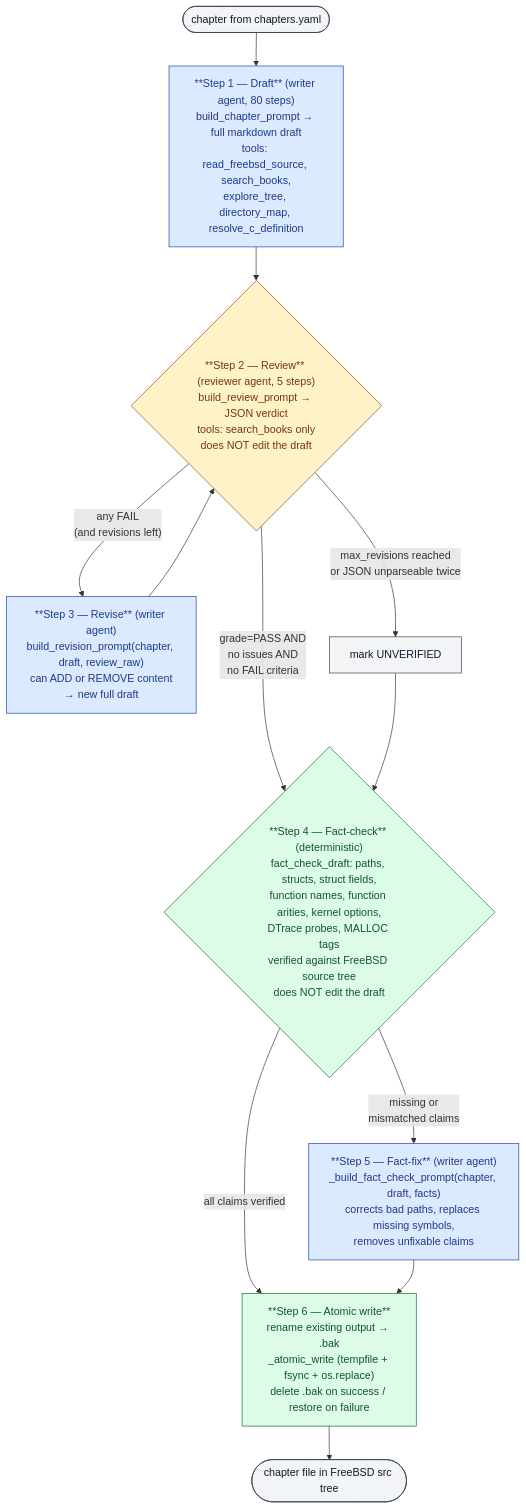
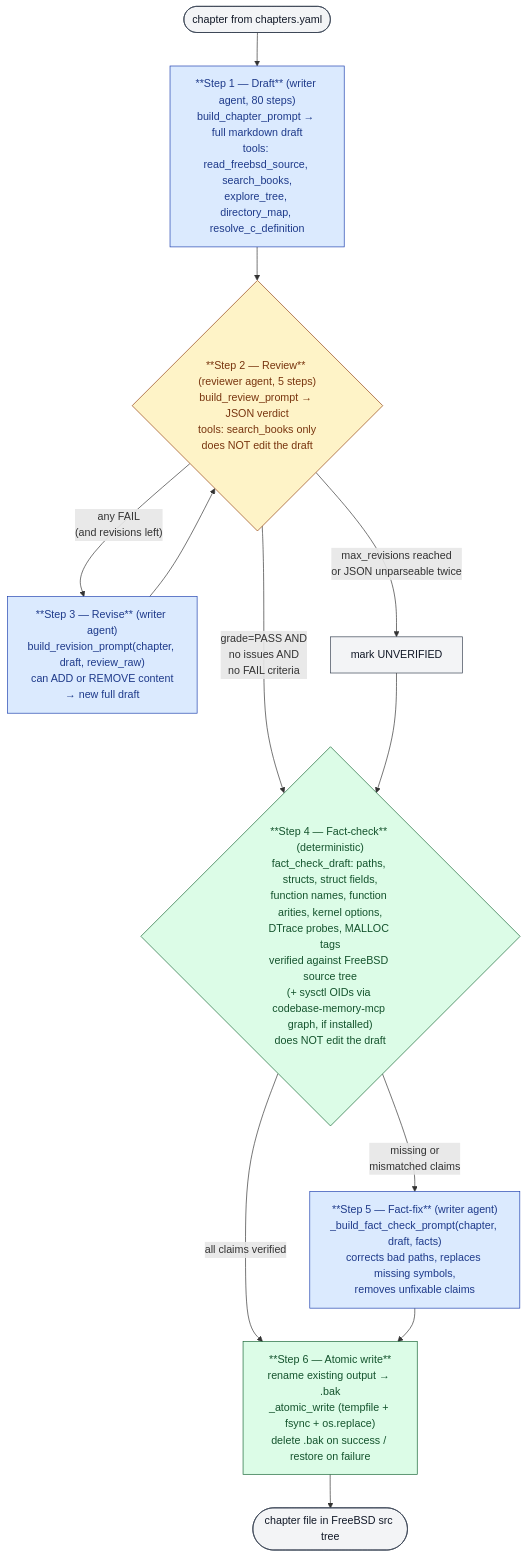
One commit to ocochard/DaemonDocs changed the diagram in README.md. Above: the diagram before and after it, drawn with Mermaid. The commit also changed other lines of this file and 4 other files, not shown here.

First line of the commit message:
fact-check: verify sysctl OIDs via optional codebase-memory-mcp graph

````diff
--- a/README.md
+++ b/README.md
@@ -172,35 +194,35 @@
 ```mermaid
 flowchart TD
     Start([chapter from chapters.yaml]) --> Draft
 
     Draft["**Step 1 — Draft** (writer agent, 80 steps)<br/>build_chapter_prompt → full markdown draft<br/>tools: read_freebsd_source, search_books,<br/>explore_tree, directory_map, resolve_c_definition"]
     Draft --> Review
 
     Review{"**Step 2 — Review** (reviewer agent, 5 steps)<br/>build_review_prompt → JSON verdict<br/>tools: search_books only<br/>does NOT edit the draft"}
     Review -- "grade=PASS AND<br/>no issues AND<br/>no FAIL criteria" --> FactCheck
     Review -- "any FAIL<br/>(and revisions left)" --> Revise
     Review -- "max_revisions reached<br/>or JSON unparseable twice" --> Unapproved[mark UNVERIFIED]
     Unapproved --> FactCheck
 
     Revise["**Step 3 — Revise** (writer agent)<br/>build_revision_prompt(chapter, draft, review_raw)<br/>can ADD or REMOVE content<br/>→ new full draft"]
     Revise --> Review
 
-    FactCheck{"**Step 4 — Fact-check** (deterministic)<br/>fact_check_draft: paths, structs, struct fields,<br/>function names, function arities, kernel options,<br/>DTrace probes, MALLOC tags<br/>verified against FreeBSD source tree<br/>does NOT edit the draft"}
+    FactCheck{"**Step 4 — Fact-check** (deterministic)<br/>fact_check_draft: paths, structs, struct fields,<br/>function names, function arities, kernel options,<br/>DTrace probes, MALLOC tags<br/>verified against FreeBSD source tree<br/>(+ sysctl OIDs via codebase-memory-mcp graph, if installed)<br/>does NOT edit the draft"}
     FactCheck -- "all claims verified" --> Write
     FactCheck -- "missing or<br/>mismatched claims" --> FactFix
 
     FactFix["**Step 5 — Fact-fix** (writer agent)<br/>_build_fact_check_prompt(chapter, draft, facts)<br/>corrects bad paths, replaces missing symbols,<br/>removes unfixable claims"]
     FactFix --> Write
 
     Write["**Step 6 — Atomic write**<br/>rename existing output → .bak<br/>_atomic_write (tempfile + fsync + os.replace)<br/>delete .bak on success / restore on failure"]
     Write --> End([chapter file in FreeBSD src tree])
 
     classDef writer fill:#dbeafe,stroke:#1e40af,color:#1e3a8a;
     classDef reviewer fill:#fef3c7,stroke:#92400e,color:#78350f;
     classDef deterministic fill:#dcfce7,stroke:#166534,color:#14532d;
     classDef io fill:#f3f4f6,stroke:#374151,color:#111827;
     class Draft,Revise,FactFix writer;
     class Review reviewer;
     class FactCheck,Write deterministic;
     class Start,End,Unapproved io;
 ```
````
